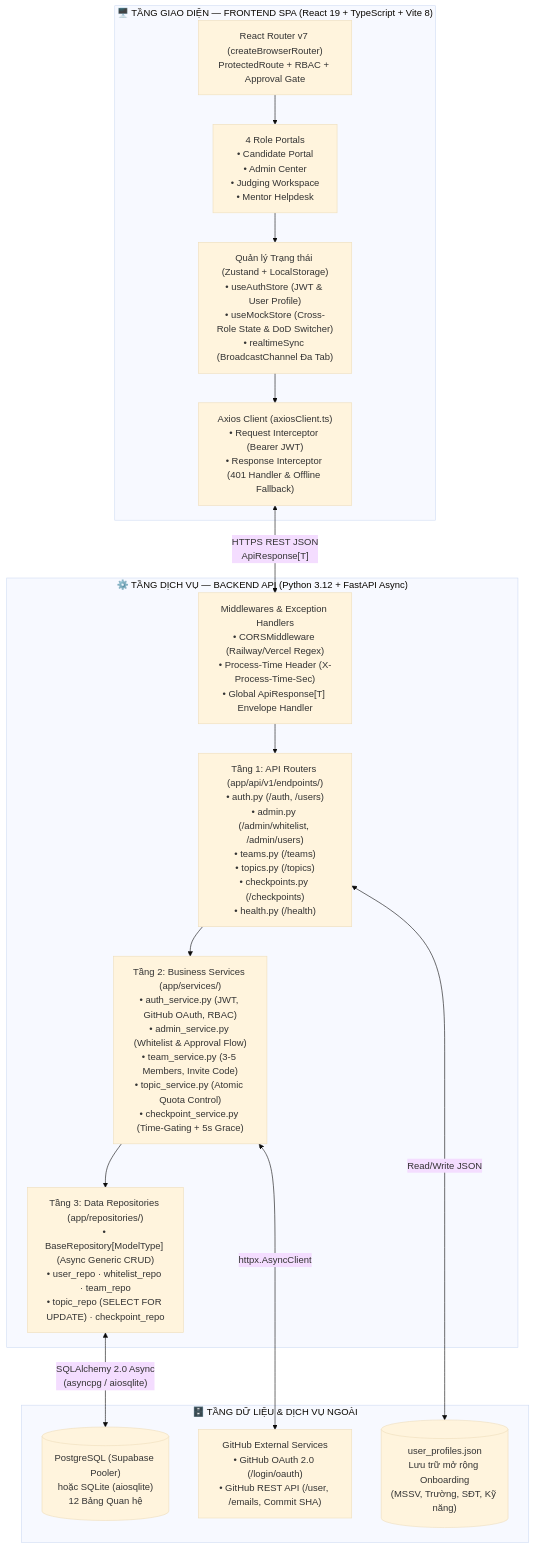
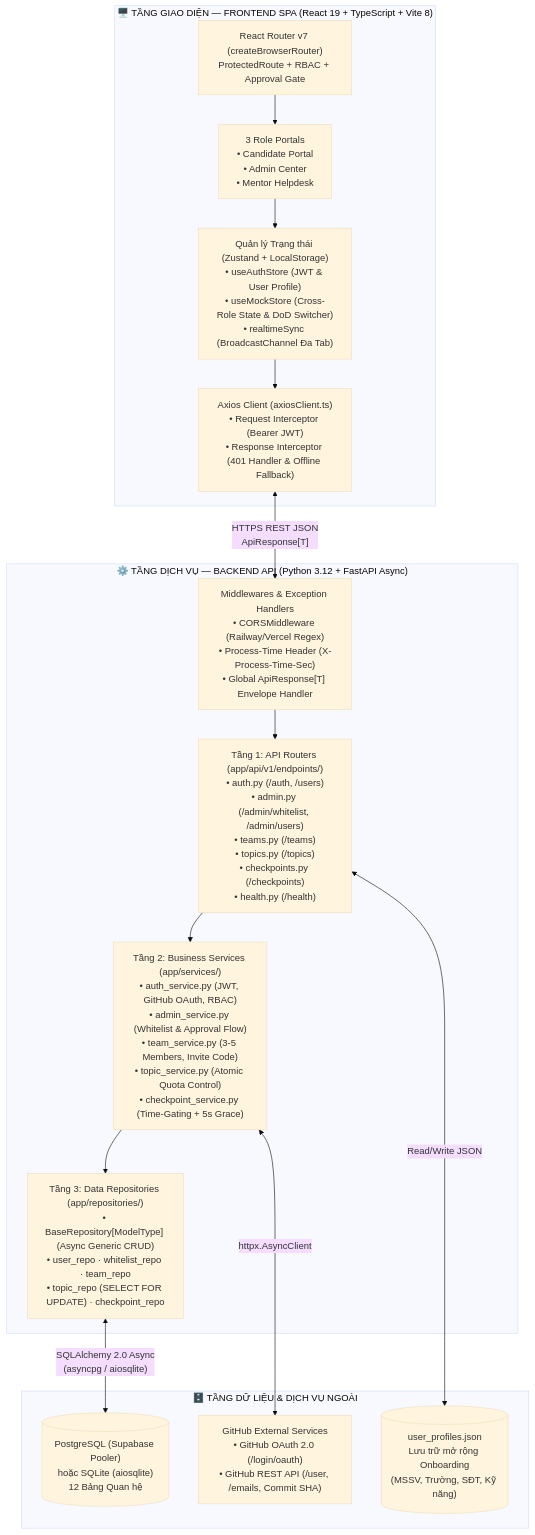
The first of 2 diagrams in docs/backend/system-architecture.md (minhlt6/HackFlow), drawn with Mermaid (base theme) before and after one commit. The commit also changed other lines of this file and 10 other files, not shown here.

Commit message:
docs(architecture): remove Judge role and flow from system, frontend and BA documentation

````diff
--- a/docs/backend/system-architecture.md
+++ b/docs/backend/system-architecture.md
@@ -22,29 +21,29 @@
 ```mermaid
 flowchart TB
     subgraph ClientLayer["🖥️ TẦNG GIAO DIỆN — FRONTEND SPA (React 19 + TypeScript + Vite 8)"]
         Router["React Router v7 (createBrowserRouter)\nProtectedRoute + RBAC + Approval Gate"]
-        Portals["4 Role Portals\n• Candidate Portal\n• Admin Center\n• Judging Workspace\n• Mentor Helpdesk"]
+        Portals["3 Role Portals\n• Candidate Portal\n• Admin Center\n• Mentor Helpdesk"]
         State["Quản lý Trạng thái (Zustand + LocalStorage)\n• useAuthStore (JWT & User Profile)\n• useMockStore (Cross-Role State & DoD Switcher)\n• realtimeSync (BroadcastChannel Đa Tab)"]
         APIClient["Axios Client (axiosClient.ts)\n• Request Interceptor (Bearer JWT)\n• Response Interceptor (401 Handler & Offline Fallback)"]
         Router --> Portals --> State --> APIClient
     end
 
     subgraph BackendLayer["⚙️ TẦNG DỊCH VỤ — BACKEND API (Python 3.12 + FastAPI Async)"]
         Middleware["Middlewares & Exception Handlers\n• CORSMiddleware (Railway/Vercel Regex)\n• Process-Time Header (X-Process-Time-Sec)\n• Global ApiResponse[T] Envelope Handler"]
         Routers["Tầng 1: API Routers (app/api/v1/endpoints/)\n• auth.py (/auth, /users)\n• admin.py (/admin/whitelist, /admin/users)\n• teams.py (/teams)\n• topics.py (/topics)\n• checkpoints.py (/checkpoints)\n• health.py (/health)"]
         Services["Tầng 2: Business Services (app/services/)\n• auth_service.py (JWT, GitHub OAuth, RBAC)\n• admin_service.py (Whitelist & Approval Flow)\n• team_service.py (3-5 Members, Invite Code)\n• topic_service.py (Atomic Quota Control)\n• checkpoint_service.py (Time-Gating + 5s Grace)"]
         Repos["Tầng 3: Data Repositories (app/repositories/)\n• BaseRepository[ModelType] (Async Generic CRUD)\n• user_repo · whitelist_repo · team_repo\n• topic_repo (SELECT FOR UPDATE) · checkpoint_repo"]
         Middleware --> Routers --> Services --> Repos
     end
 
     subgraph DataLayer["🗄️ TẦNG DỮ LIỆU & DỊCH VỤ NGOÀI"]
         DB[("PostgreSQL (Supabase Pooler)\nhoặc SQLite (aiosqlite)\n12 Bảng Quan hệ")]
         ProfileJSON[("user_profiles.json\nLưu trữ mở rộng Onboarding\n(MSSV, Trường, SĐT, Kỹ năng)")]
         GitHubAPI["GitHub External Services\n• GitHub OAuth 2.0 (/login/oauth)\n• GitHub REST API (/user, /emails, Commit SHA)"]
     end
 
     APIClient <-->|"HTTPS REST JSON\nApiResponse[T]"| Middleware
     Repos <-->|"SQLAlchemy 2.0 Async\n(asyncpg / aiosqlite)"| DB
     Routers <-->|"Read/Write JSON"| ProfileJSON
     Services <-->|"httpx.AsyncClient"| GitHubAPI
 ```
````
